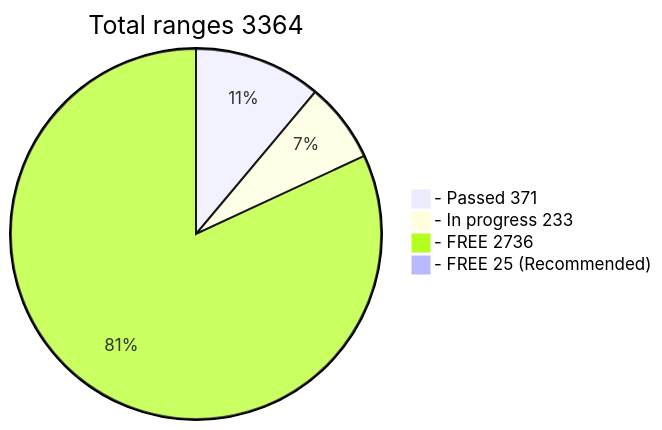
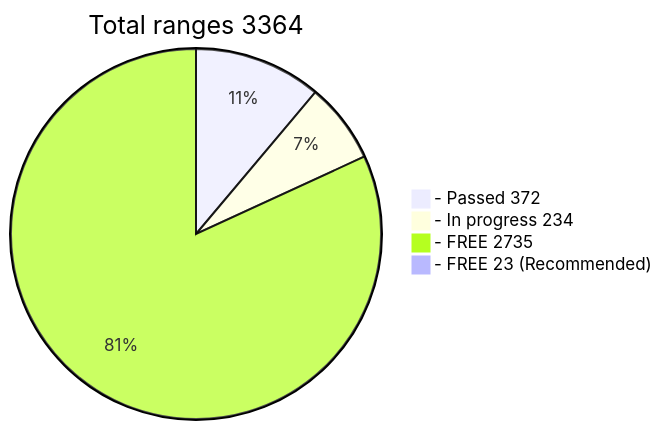
The diagram in README.md (phrutis/wif500), drawn with Mermaid before and after one commit.

````diff
--- a/README.md
+++ b/README.md
@@ -16,7 +16,7 @@
 ```mermaid
 pie title Total ranges 3364
-  "- Passed 371" : 371
-  "- In progress 233" : 233
-  "- FREE 2736" : 2736
-  "- FREE 25 (Recommended)" : 25
+  "- Passed 372" : 372
+  "- In progress 234" : 234
+  "- FREE 2735" : 2735
+  "- FREE 23 (Recommended)" : 23
 ```
````
